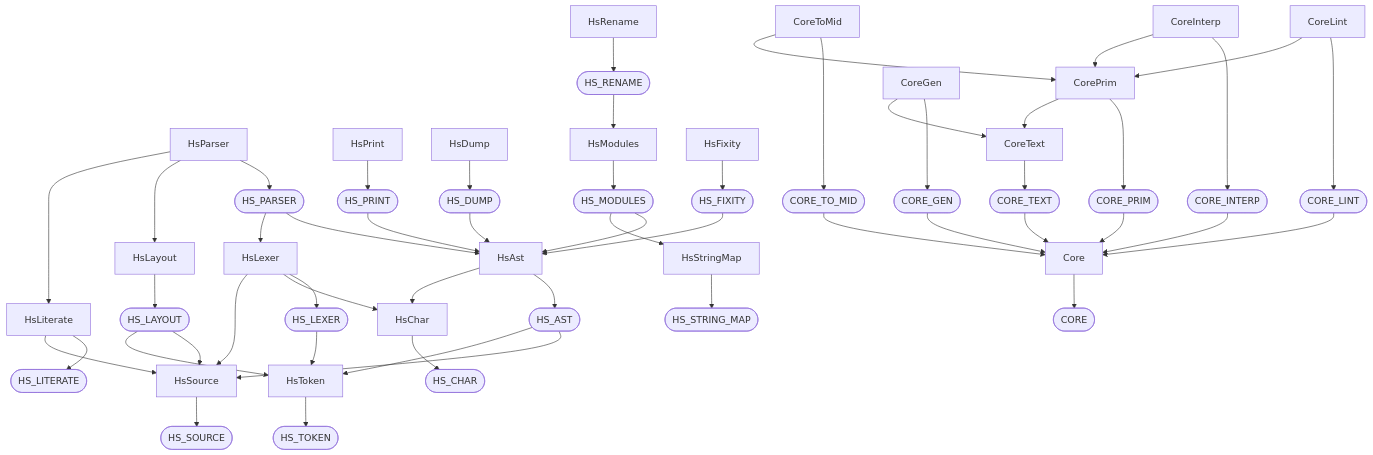
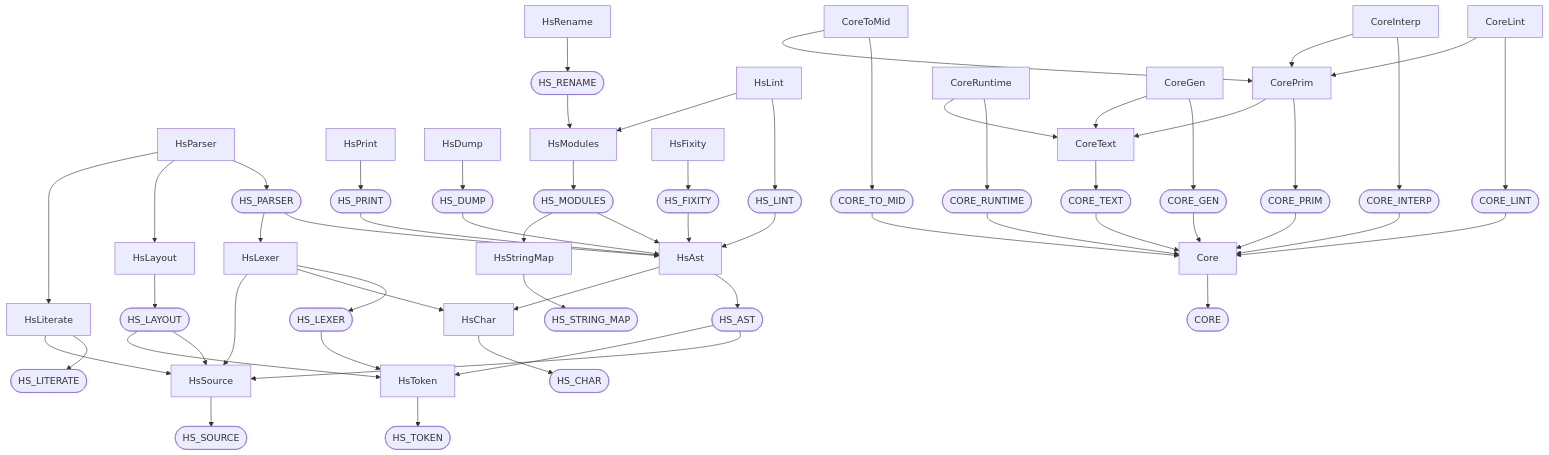
One commit to ruudkoot/rune changed the second of 2 diagrams in docs/lib/language/haskell/depends.md. Above: the diagram before and after it, drawn with Mermaid. The commit also changed other lines of this file and 22 other files, not shown here.

Commit message:
Write lib/language/haskell's reference pages again, with HsLint's and CoreRuntime's (haskell98 M16)

````diff
--- a/docs/lib/language/haskell/depends.md
+++ b/docs/lib/language/haskell/depends.md
@@ -58,20 +58,24 @@
   n25["HsFixity"]
   n26(["HS_RENAME"])
   n27["HsRename"]
-  n28(["CORE"])
-  n29["Core"]
-  n30(["CORE_TEXT"])
-  n31["CoreText"]
-  n32(["CORE_PRIM"])
-  n33["CorePrim"]
-  n34(["CORE_LINT"])
-  n35["CoreLint"]
-  n36(["CORE_INTERP"])
-  n37["CoreInterp"]
-  n38(["CORE_GEN"])
-  n39["CoreGen"]
-  n40(["CORE_TO_MID"])
-  n41["CoreToMid"]
+  n28(["HS_LINT"])
+  n29["HsLint"]
+  n30(["CORE"])
+  n31["Core"]
+  n32(["CORE_TEXT"])
+  n33["CoreText"]
+  n34(["CORE_PRIM"])
+  n35["CorePrim"]
+  n36(["CORE_RUNTIME"])
+  n37["CoreRuntime"]
+  n38(["CORE_LINT"])
+  n39["CoreLint"]
+  n40(["CORE_INTERP"])
+  n41["CoreInterp"]
+  n42(["CORE_GEN"])
+  n43["CoreGen"]
+  n44(["CORE_TO_MID"])
+  n45["CoreToMid"]
   n1 --> n0
   n3 --> n2
   n5 --> n4
@@ -105,22 +109,28 @@
   n25 --> n24
   n26 --> n23
   n27 --> n26
+  n28 --> n13
   n29 --> n28
-  n30 --> n29
+  n29 --> n23
   n31 --> n30
-  n32 --> n29
+  n32 --> n31
   n33 --> n32
-  n33 --> n31
-  n34 --> n29
+  n34 --> n31
   n35 --> n34
   n35 --> n33
-  n36 --> n29
+  n36 --> n31
   n37 --> n36
   n37 --> n33
-  n38 --> n29
+  n38 --> n31
   n39 --> n38
-  n39 --> n31
-  n40 --> n29
+  n39 --> n35
+  n40 --> n31
   n41 --> n40
-  n41 --> n33
+  n41 --> n35
+  n42 --> n31
+  n43 --> n42
+  n43 --> n33
+  n44 --> n31
+  n45 --> n44
+  n45 --> n35
 ```
````
